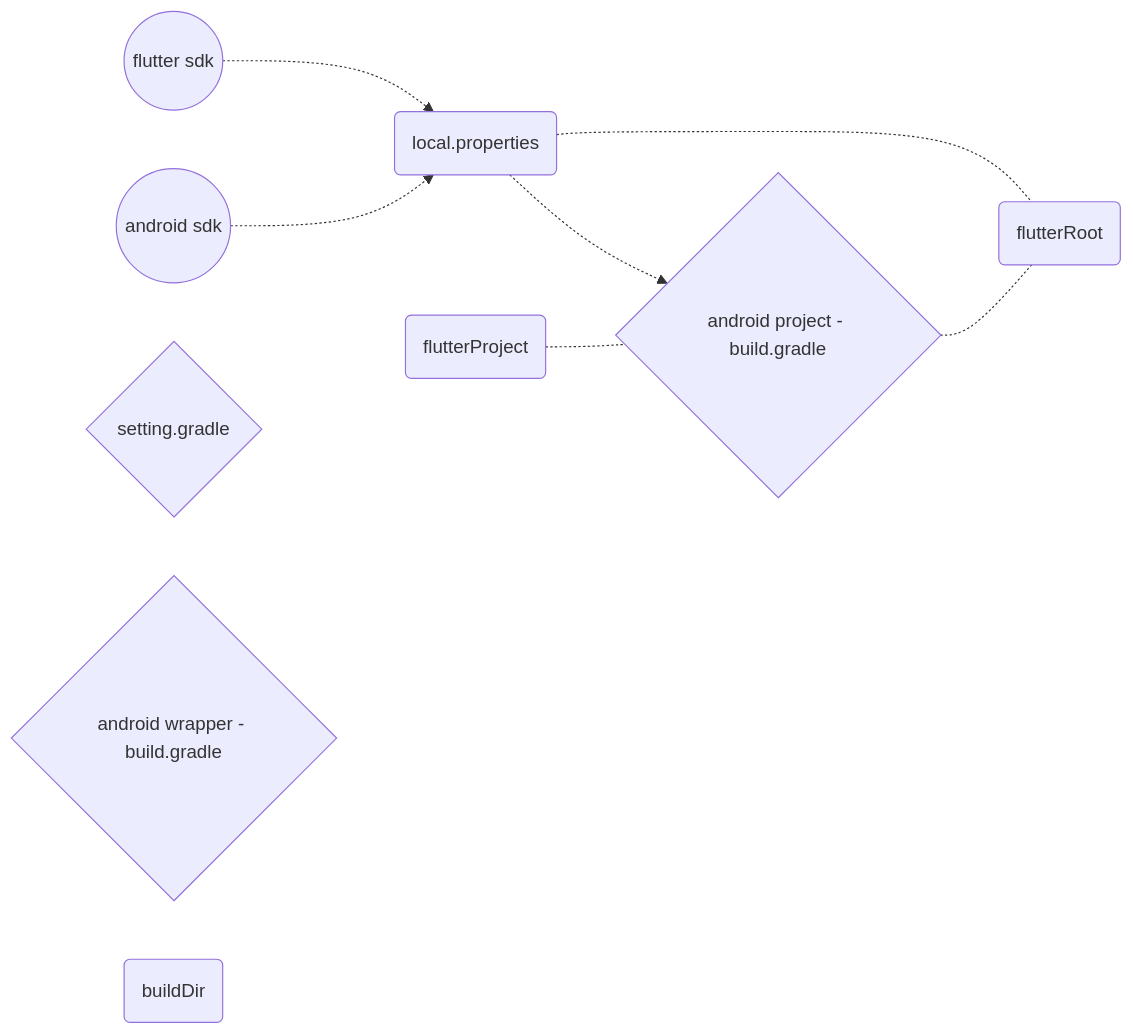
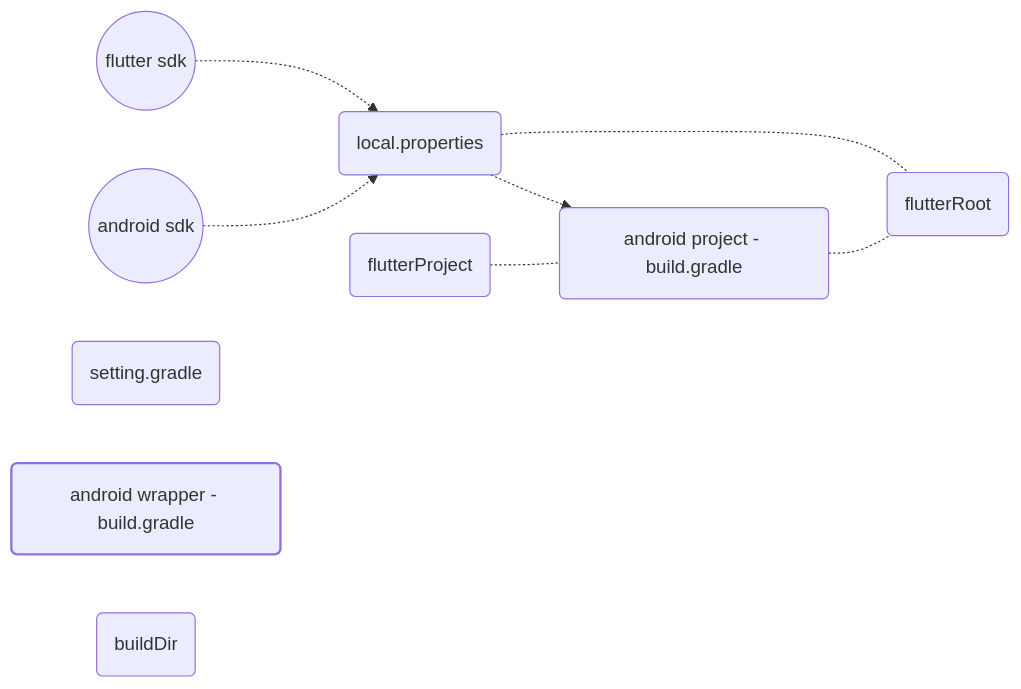
Before and after one commit to gordianknotC/nxp_note: the second of 3 diagrams in flutter/addAndroidProjIntoFlutter.md, drawn with Mermaid. The commit also changed other lines of this file, not shown here.

Commit message:
flutter/addAndroidProjIntoFlutter.md updated from https://stackedit.io/

````diff
--- a/flutter/addAndroidProjIntoFlutter.md
+++ b/flutter/addAndroidProjIntoFlutter.md
@@ -241,20 +241,22 @@
 ```mermaid
 graph LR
 	fdk((flutter sdk))
 	adk((android sdk))
 	loc(local.properties)
 	
-	set{setting.gradle}
-	b1{android wrapper - build.gradle}
-	b2{android project - build.gradle}
+	set(setting.gradle)
+	b1(android wrapper - build.gradle)
+	b2(android project - build.gradle)
+	style b1 stroke-width:2px
+
 	dfr(flutterRoot)
 	dfp(flutterProject)
 	dfb(buildDir)
 	
 	fdk -.-> loc
 	adk -.-> loc
 	loc -.-> b2
 	loc -.- dfr
 	b2 -.- dfr
 	dfp -.- b2
 ```
````
